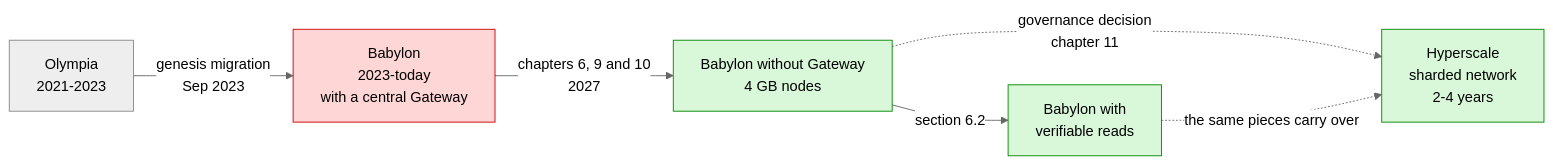
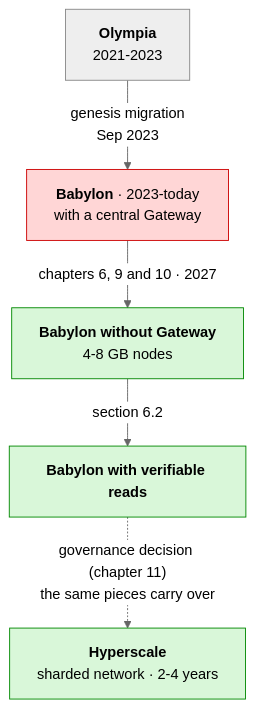
Before and after one commit to dazligth/radix-decentralization-roadmap: the first of 5 diagrams in docs/en/11-hyperscale-evolution.md, drawn with Mermaid (neutral theme). The commit also changed other lines of this file and 9 other files, not shown here.

First line of the commit message:
Redesign diagrams for readability on GitHub

````diff
--- a/docs/en/11-hyperscale-evolution.md
+++ b/docs/en/11-hyperscale-evolution.md
@@ -32,14 +32,13 @@
 ```mermaid
-flowchart LR
-    O["Olympia<br/>2021-2023"] -- "genesis migration<br/>Sep 2023" --> B["Babylon<br/>2023-today<br/>with a central Gateway"]
-    B -- "chapters 6, 9 and 10<br/>2027" --> BS["Babylon without Gateway<br/>4 GB nodes"]
-    BS -- "section 6.2" --> BV["Babylon with<br/>verifiable reads"]
-    BS -. "governance decision<br/>chapter 11" .-> H["Hyperscale<br/>sharded network<br/>2-4 years"]
-    BV -. "the same pieces carry over" .-> H
+flowchart TB
+    O["<b>Olympia</b><br/>2021-2023"] -->|"genesis migration<br/>Sep 2023"| B["<b>Babylon</b> · 2023-today<br/>with a central Gateway"]
+    B -->|"chapters 6, 9 and 10 · 2027"| BS["<b>Babylon without Gateway</b><br/>4-8 GB nodes"]
+    BS -->|"section 6.2"| BV["<b>Babylon with verifiable reads</b>"]
+    BV -.->|"governance decision (chapter 11)<br/>the same pieces carry over"| H["<b>Hyperscale</b><br/>sharded network · 2-4 years"]
     classDef old fill:#eeeeee,stroke:#888,color:#000
     classDef bad fill:#ffd6d6,stroke:#c00,color:#000
     classDef good fill:#d9f7d9,stroke:#080,color:#000
     class O old
     class B bad
     class BS,BV,H good
 ```
````
